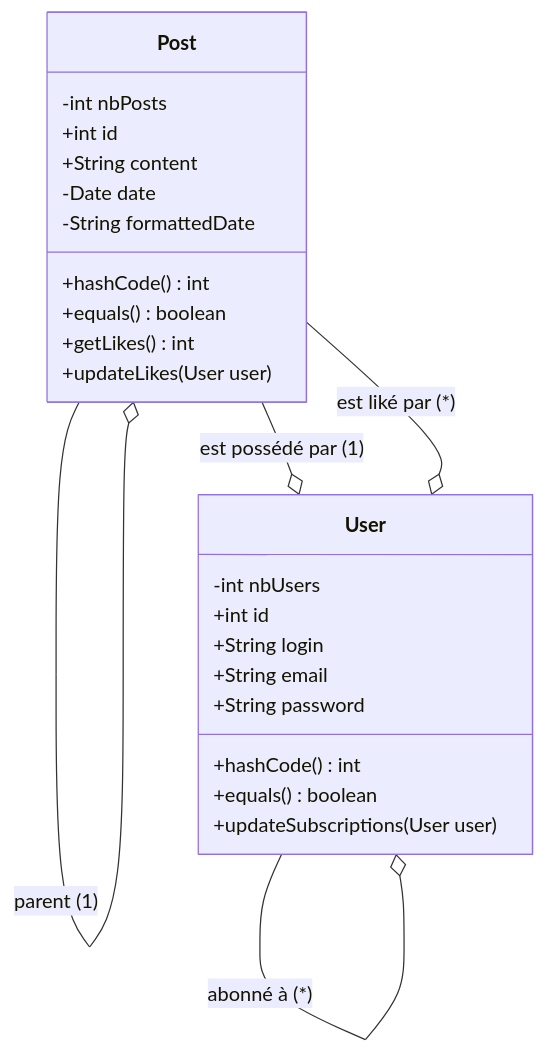
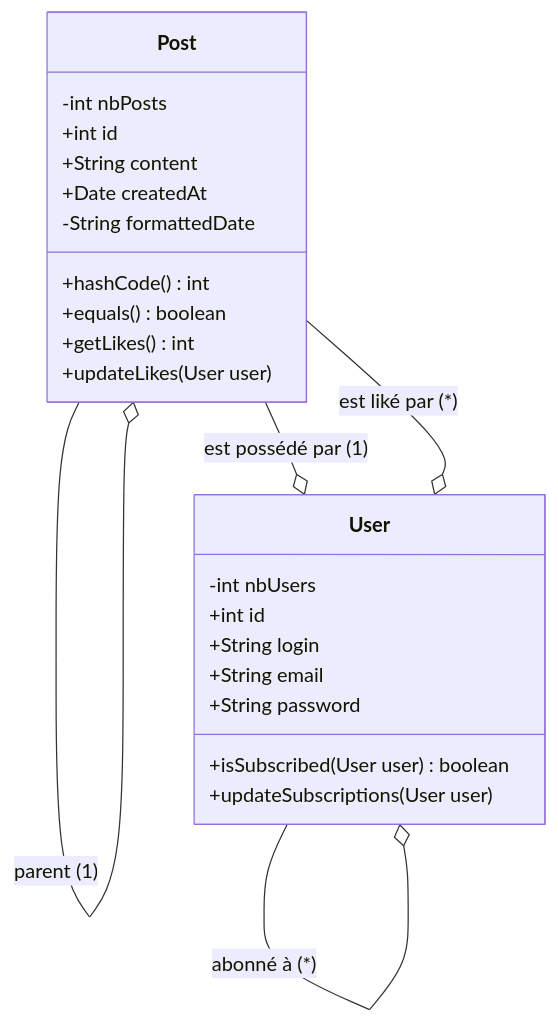
The diagram in Documentation.md (QDeh/Miniature), drawn with Mermaid before and after one commit. The commit also changed 8 other files, not shown here.

Commit message:
fix: suppression des fonctions inutiles et adaptation du diagramme de classes

````diff
--- a/Documentation.md
+++ b/Documentation.md
@@ -11,30 +11,29 @@
 ```mermaid
 classDiagram
 
 Post --o Post : parent (1)
 User --o User : abonné à (*)
 Post --o User : est possédé par (1)
 Post --o User : est liké par (*) 
 class User{
 -int nbUsers
 +int id
 +String login
 +String email
 +String password
-+hashCode() int
-+equals() boolean
++isSubscribed (User user) boolean
 +updateSubscriptions(User user)
 }
 
 class Post{
 -int nbPosts
 +int id
 +String content
--Date date
++Date createdAt
 -String formattedDate
 +hashCode() int
 +equals() boolean
 +getLikes() int
 +updateLikes(User user)
 }
 ```
````
